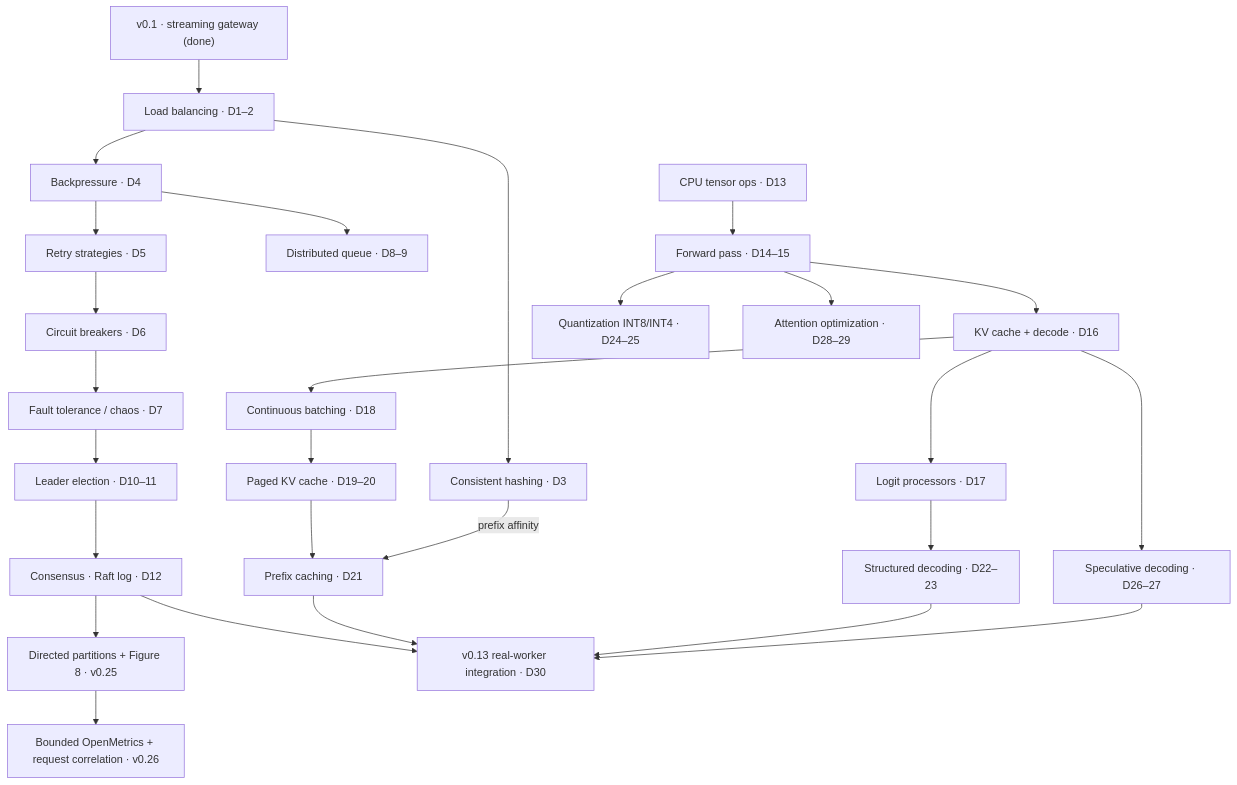
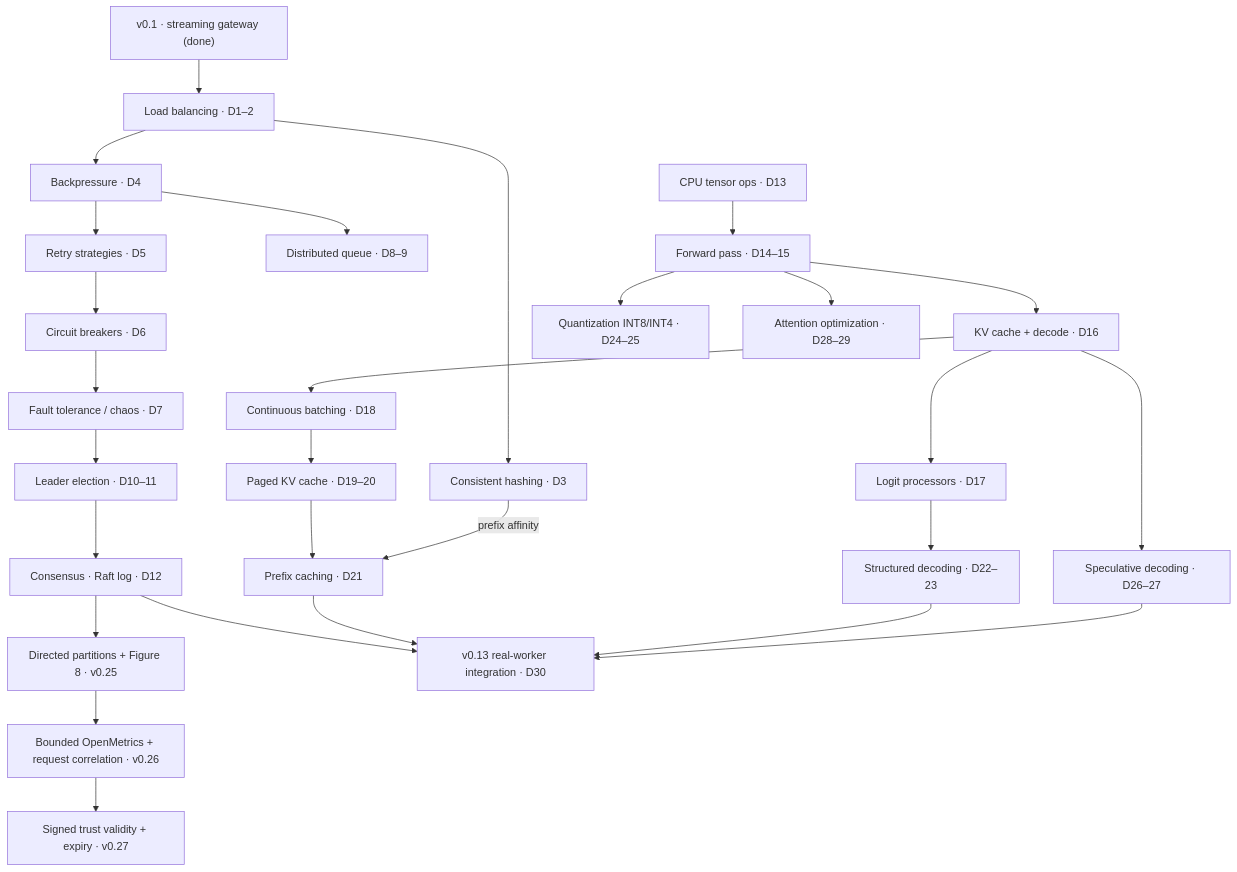
Before and after one commit to conan505/inferLab: the first of 2 diagrams in docs/plan-30-days.md, drawn with Mermaid. The commit also changed other lines of this file and 66 other files, not shown here.

Commit message:
v0.27 signed service-trust validity and expiry

````diff
--- a/docs/plan-30-days.md
+++ b/docs/plan-30-days.md
@@ -11,30 +11,31 @@
 ```mermaid
 flowchart TD
     S["v0.1 · streaming gateway (done)"] --> LB["Load balancing · D1–2"]
     LB --> CH["Consistent hashing · D3"]
     LB --> BP["Backpressure · D4"]
     BP --> RT["Retry strategies · D5"]
     RT --> CB["Circuit breakers · D6"]
     CB --> FT["Fault tolerance / chaos · D7"]
     BP --> DQ["Distributed queue · D8–9"]
     FT --> LE["Leader election · D10–11"]
     LE --> CS["Consensus · Raft log · D12"]
     CS --> PART["Directed partitions + Figure 8 · v0.25"]
     PART --> OBS["Bounded OpenMetrics + request correlation · v0.26"]
+    OBS --> EXP["Signed trust validity + expiry · v0.27"]
 
     S2["CPU tensor ops · D13"] --> FP["Forward pass · D14–15"]
     FP --> KV["KV cache + decode · D16"]
     KV --> LP["Logit processors · D17"]
     KV --> CBATCH["Continuous batching · D18"]
     CBATCH --> PKV["Paged KV cache · D19–20"]
     PKV --> PC["Prefix caching · D21"]
     CH -->|prefix affinity| PC
     LP --> SD["Structured decoding · D22–23"]
     FP --> QZ["Quantization INT8/INT4 · D24–25"]
     KV --> SPEC["Speculative decoding · D26–27"]
     FP --> ATT["Attention optimization · D28–29"]
     CS --> INT["v0.13 real-worker integration · D30"]
     PC --> INT
     SD --> INT
     SPEC --> INT
 ```
````
